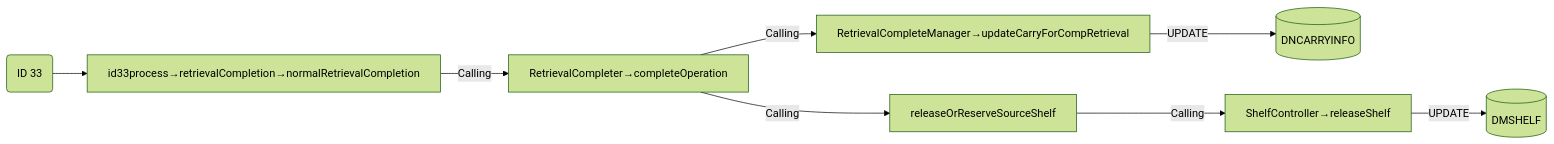
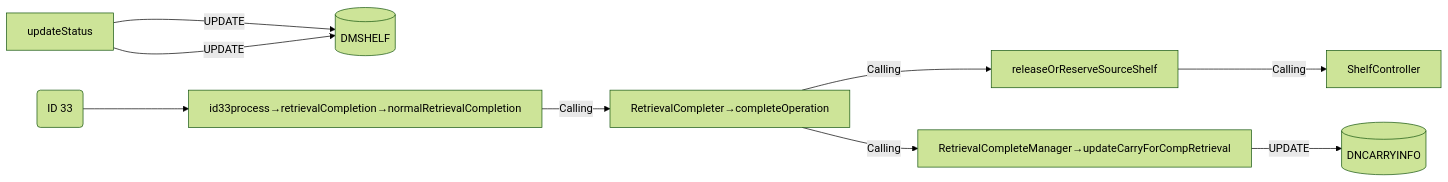
One commit to luthfiadityaa/SimeDarby-Wiki changed the ninth of 19 diagrams in Basic-Design/DFD-WMS/Retrieval/Specific-Location-Retrieval-Setting.md. Above: the diagram before and after it, drawn with Mermaid (forest theme).

Commit message:
Updated Specific Location Retrieval Setting

```diff
--- a/Basic-Design/DFD-WMS/Retrieval/Specific-Location-Retrieval-Setting.md
+++ b/Basic-Design/DFD-WMS/Retrieval/Specific-Location-Retrieval-Setting.md
@@ -429,22 +429,24 @@
 ::: mermaid
 flowchart LR
 
 id33("
 ID 33
 ")
 
 id33-update[("
 DMSHELF
 ")]
 
 id33-update2[("
 DNCARRYINFO
 ")]
 
 id33-->P1[id33process→retrievalCompletion→normalRetrievalCompletion]
 P1--> |Calling| P2[RetrievalCompleter→completeOperation]
 P4[releaseOrReserveSourceShelf]
 P5[RetrievalCompleteManager→updateCarryForCompRetrieval]
-P2--> |Calling| P4--> |Calling| P3[ShelfController→releaseShelf]--> |UPDATE| id33-update
+P2--> |Calling| P4--> |Calling| P3[ShelfController]
+P6[releaseShelf]--> |UPDATE| id33-update
+P6[updateStatus]--> |UPDATE| id33-update
 P2--> |Calling| P5--> |UPDATE| id33-update2
 :::
```
